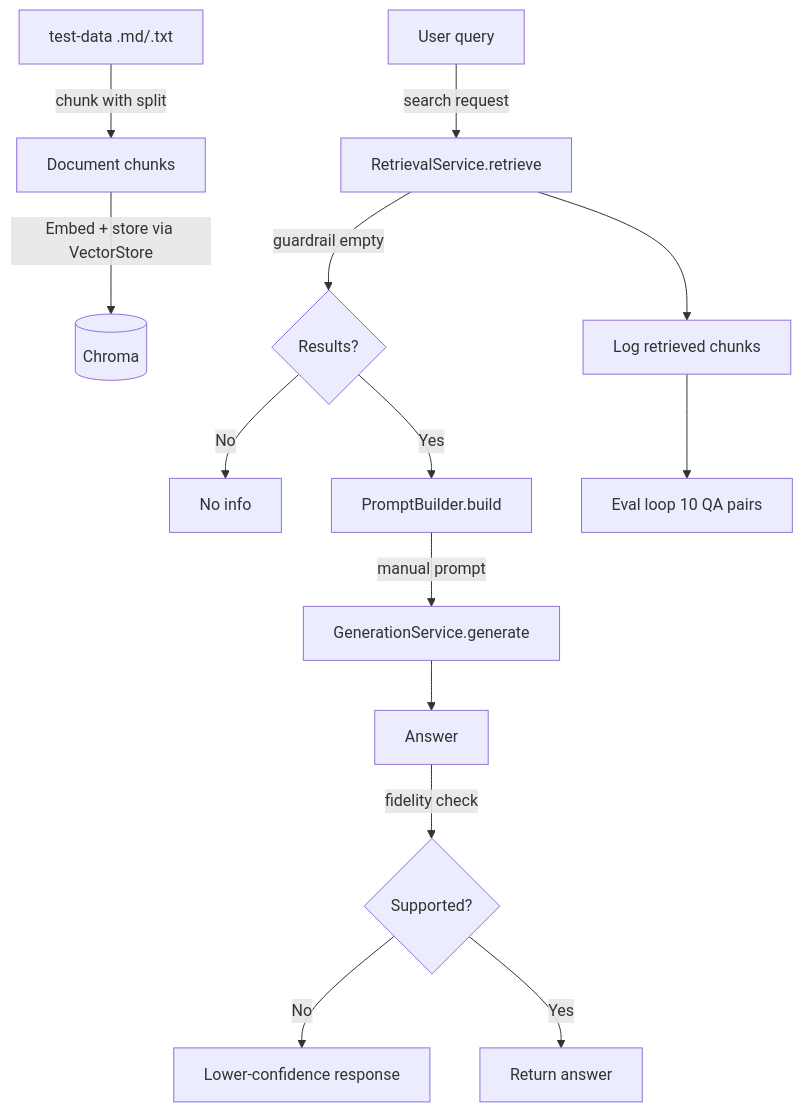
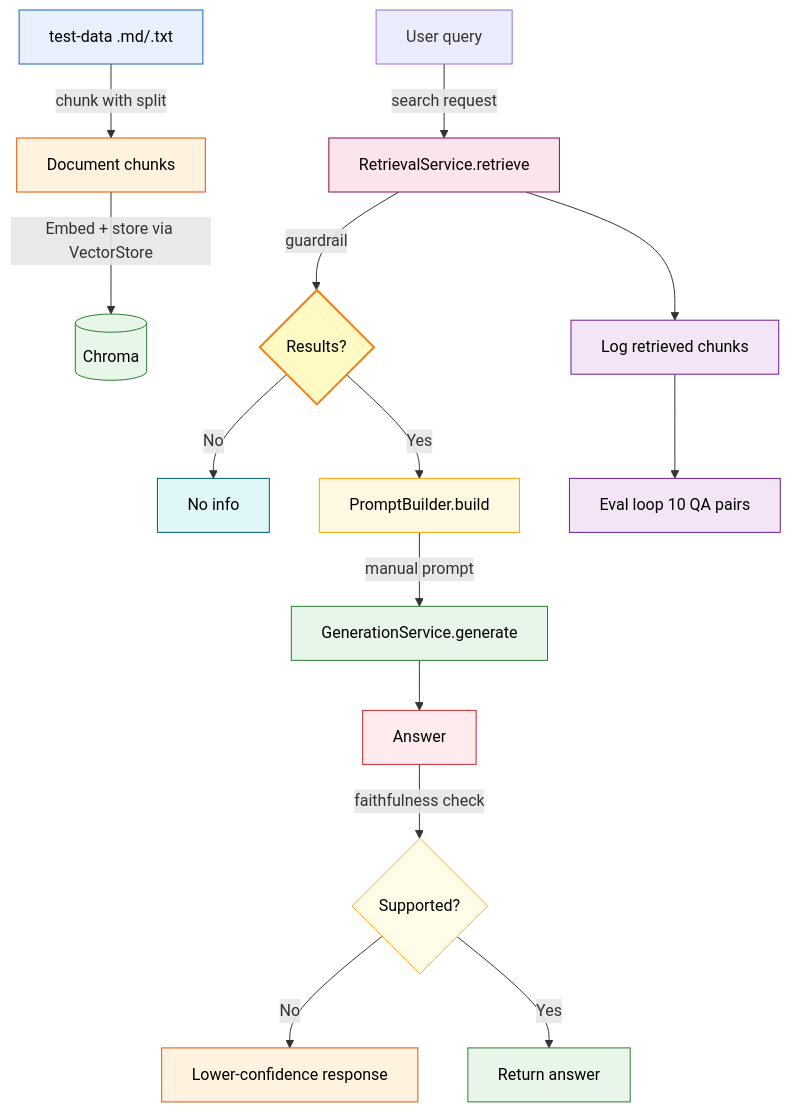
The diagram in rag-naive/README.md (hariraogotit/rags), drawn with Mermaid before and after one commit. The commit also changed 2 other files, not shown here.

Commit message:
Edited readme and added chroma db config in rag-hybrid

````diff
--- a/rag-naive/README.md
+++ b/rag-naive/README.md
@@ -5,16 +5,30 @@
 ```mermaid
 flowchart TD
     A["test-data .md/.txt"] -->|chunk with split| B[Document chunks]
     B -->|Embed + store via VectorStore| C[(Chroma)]
     Q["User query"] -->|search request| D[RetrievalService.retrieve]
-    D -->|guardrail empty| E{Results?}
+    D -->|guardrail| E{Results?}
     E -->|No| F["No info"]
     E -->|Yes| G[PromptBuilder.build]
     G -->|manual prompt| H[GenerationService.generate]
     H --> I[Answer]
-    I -->|fidelity check| J{Supported?}
+    I -->|faithfulness check| J{Supported?}
     J -->|No| K[Lower-confidence response]
     J -->|Yes| L[Return answer]
     D --> M[Log retrieved chunks]
     M --> N[Eval loop 10 QA pairs]
+    style A fill:#e8f0fe,stroke:#1565c0,color:#000
+    style B fill:#fff3e0,stroke:#e65100,color:#000
+    style C fill:#e8f5e9,stroke:#2e7d32,color:#000
+    style D fill:#fce4ec,stroke:#880e4f,color:#000
+    style E fill:#fff9c4,stroke:#f57f17,color:#000,stroke-width:2px,shape:diamond
+    style F fill:#e0f7fa,stroke:#006064,color:#000
+    style G fill:#fff8e1,stroke:#ffa000,color:#000
+    style H fill:#e8f5e9,stroke:#2e7d32,color:#000
+    style I fill:#ffebee,stroke:#c62828,color:#000
+    style J fill:#fffde7,stroke:#f9a825,color:#000,shape:diamond
+    style K fill:#fff3e0,stroke:#e65100,color:#000
+    style L fill:#e8f5e9,stroke:#2e7d32,color:#000
+    style M fill:#f3e5f5,stroke:#6a1b9a,color:#000
+    style N fill:#f3e5f5,stroke:#6a1b9a,color:#000
 ```
````
